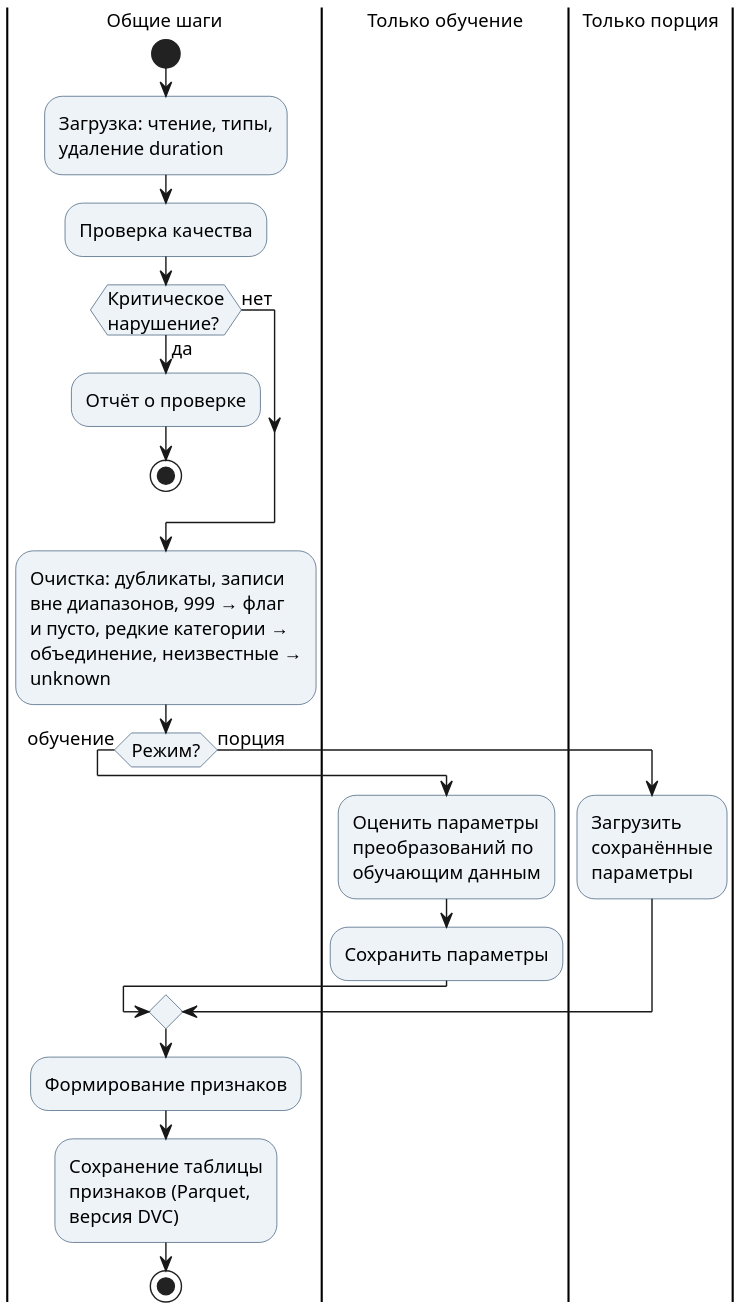
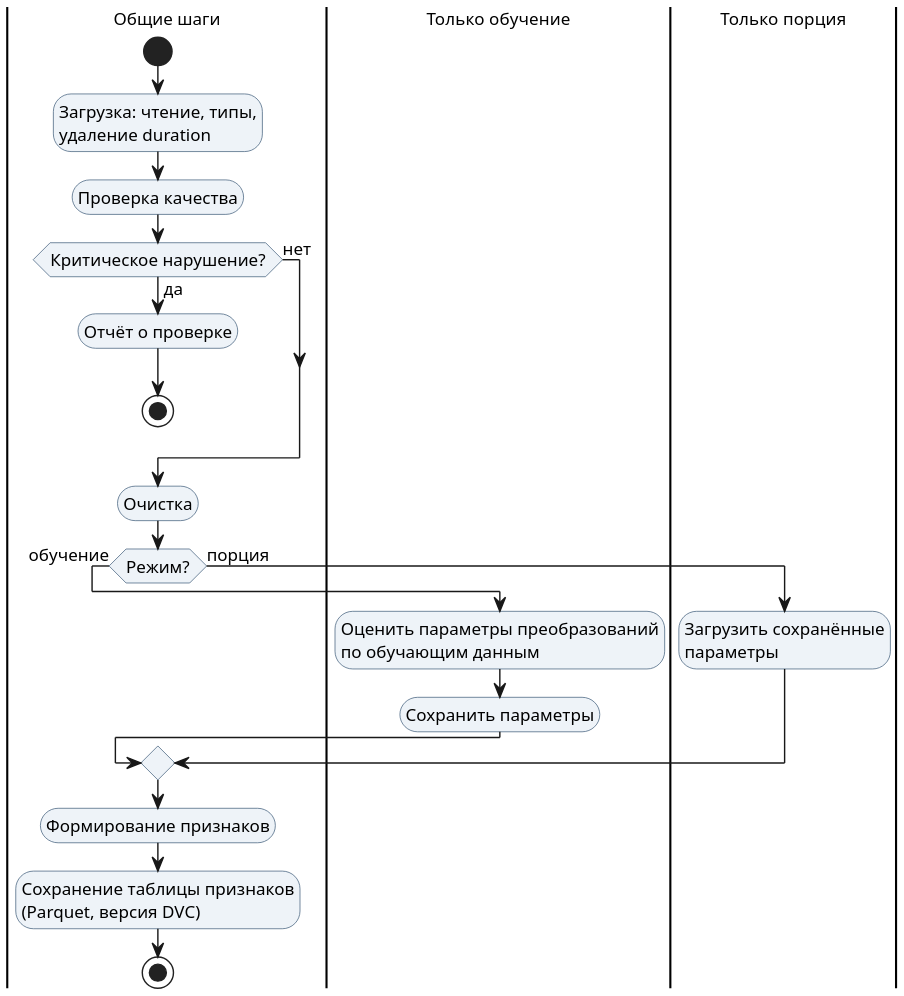
Before and after one commit to Lishangie/bank-marketing-mlops: the diagram in docs/architecture/activity_pipeline.puml, drawn with PlantUML. The commit also changed 13 other files, not shown here.

First line of the commit message:
Диаграммы под книжную страницу: все рис_2_1…2_5 ≤ 17 × 19 см при кегле ≥ 12

```diff
--- a/docs/architecture/activity_pipeline.puml
+++ b/docs/architecture/activity_pipeline.puml
@@ -1,46 +1,53 @@
 @startuml activity_pipeline
 !pragma layout smetana
 skinparam dpi 200
 skinparam defaultFontName Arial
-skinparam defaultFontSize 13
+skinparam defaultFontSize 12
 skinparam shadowing false
+' Высоту сокращают внутренние отступы блоков (стиль Padding);
+' skinparam ActivityMarginTop/Bottom на раскладку не влияли и убраны.
+' Детали очистки (дубликаты, диапазоны, 999 → флаг, редкие и неизвестные
+' категории) в рисунок не вошли — даже заметка или две строки в блоке
+' выводят его за 1339 px; они перечислены в тексте отчёта.
+<style>
+activityDiagram {
+  activity {
+    Padding 4
+  }
+  diamond {
+    Padding 2
+  }
+}
+</style>
 skinparam activity {
   BackgroundColor #EEF3F8
   BorderColor #3C5A78
 }
 
 |Общие шаги|
 start
 :Загрузка: чтение, типы,
 удаление duration;
 :Проверка качества;
-if (Критическое
-нарушение?) then (да)
+if (Критическое нарушение?) then (да)
   :Отчёт о проверке;
   stop
 else (нет)
 endif
-:Очистка: дубликаты, записи
-вне диапазонов, 999 → флаг
-и пусто, редкие категории →
-объединение, неизвестные →
-unknown;
+:Очистка;
 if (Режим?) then (обучение)
   |Только обучение|
-  :Оценить параметры
-  преобразований по
-  обучающим данным;
+  :Оценить параметры преобразований
+  по обучающим данным;
   :Сохранить параметры;
 else (порция)
   |Только порция|
-  :Загрузить
-  сохранённые
+  :Загрузить сохранённые
   параметры;
 endif
 |Общие шаги|
 :Формирование признаков;
-:Сохранение таблицы
-признаков (Parquet,
-версия DVC);
+:Сохранение таблицы признаков
+(Parquet, версия DVC);
 stop
 @enduml
```
